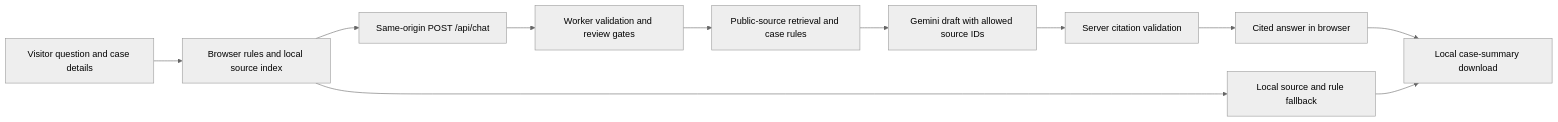
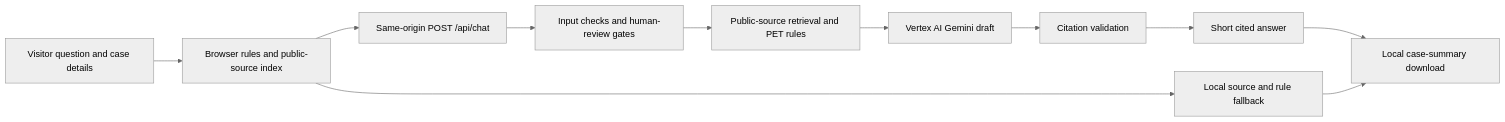
The diagram in docs/ARCHITECTURE.md (kathigg/pets_model), drawn with Mermaid (neutral theme) before and after one commit. The commit also changed other lines of this file and 14 other files, not shown here.

````diff
--- a/docs/ARCHITECTURE.md
+++ b/docs/ARCHITECTURE.md
@@ -3,13 +3,13 @@
 ```mermaid
 flowchart LR
-  A[Visitor question and case details] --> B[Browser rules and local source index]
+  A[Visitor question and case details] --> B[Browser rules and public-source index]
   B --> C[Same-origin POST /api/chat]
-  C --> D[Worker validation and review gates]
-  D --> E[Public-source retrieval and case rules]
-  E --> F[Gemini draft with allowed source IDs]
-  F --> G[Server citation validation]
-  G --> H[Cited answer in browser]
+  C --> D[Input checks and human-review gates]
+  D --> E[Public-source retrieval and PET rules]
+  E --> F[Vertex AI Gemini draft]
+  F --> G[Citation validation]
+  G --> H[Short cited answer]
   B --> I[Local source and rule fallback]
   H --> J[Local case-summary download]
   I --> J
 ```
````
